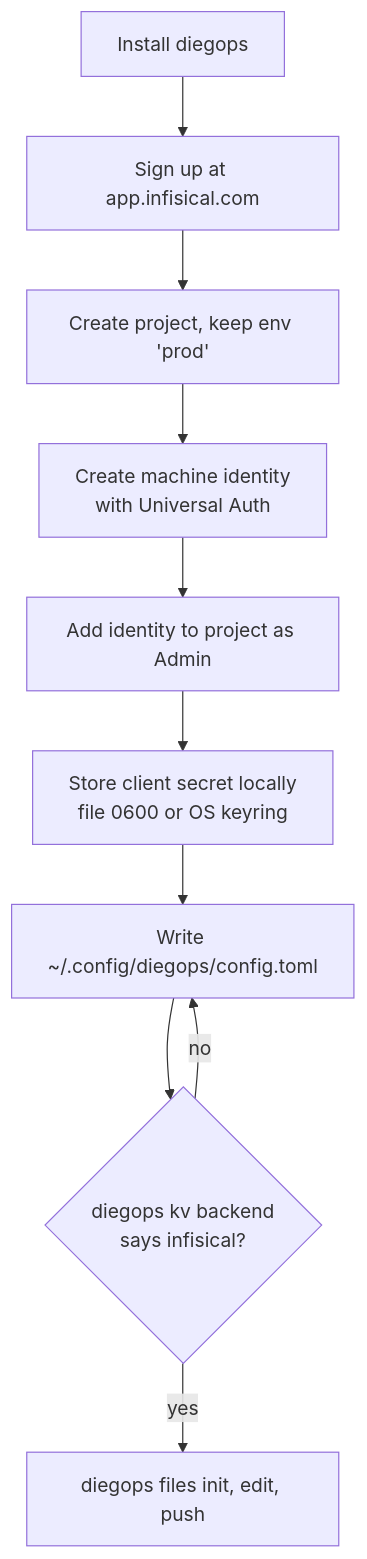
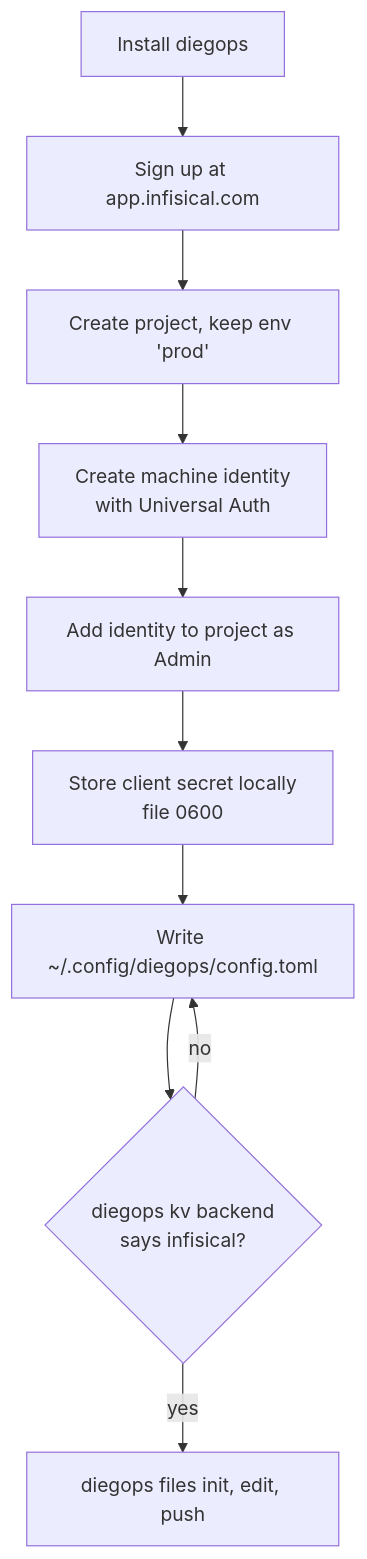
One commit to CaDi-Team/diegops-tools changed the third of 7 diagrams in README.md. Above: the diagram before and after it, drawn with Mermaid. The commit also changed other lines of this file and 12 other files, not shown here.

````diff
--- a/README.md
+++ b/README.md
@@ -189,12 +203,12 @@
 ```mermaid
 flowchart TD
     A[Install diegops] --> B[Sign up at app.infisical.com]
     B --> C[Create project, keep env 'prod']
     C --> D[Create machine identity<br/>with Universal Auth]
     D --> E[Add identity to project as Admin]
-    E --> F[Store client secret locally<br/>file 0600 or OS keyring]
+    E --> F[Store client secret locally<br/>file 0600]
     F --> G[Write ~/.config/diegops/config.toml]
     G --> H{diegops kv backend<br/>says infisical?}
     H -- yes --> I[diegops files init, edit, push]
     H -- no --> G
 ```
````
